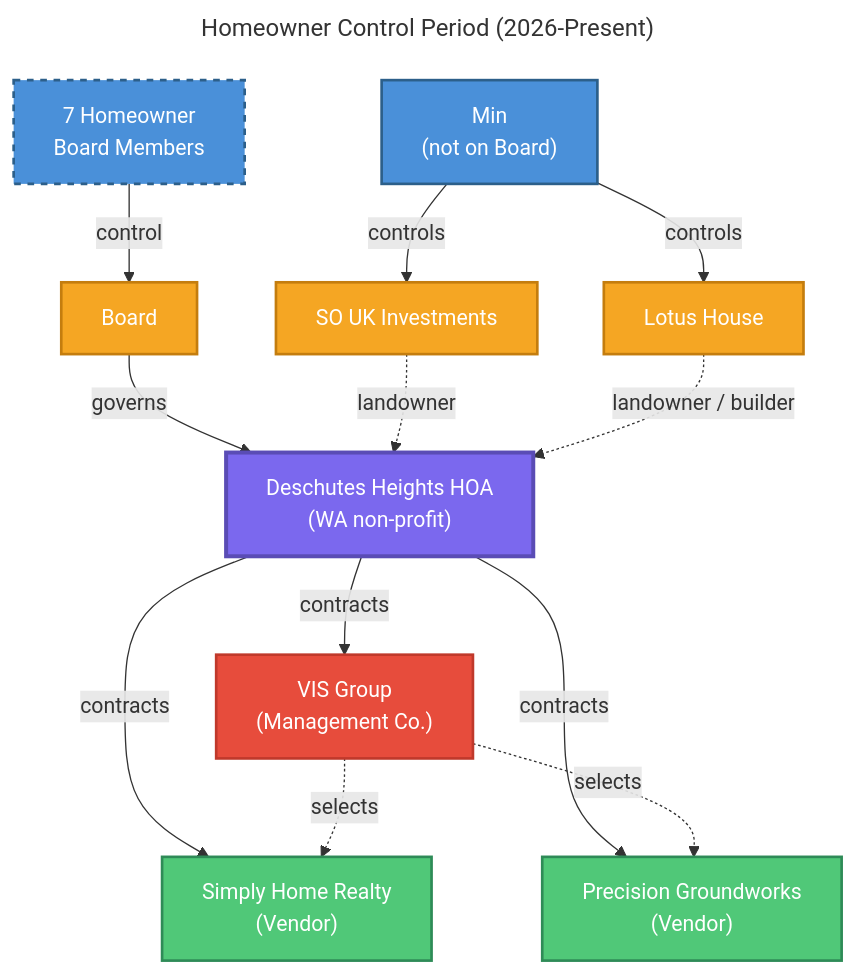
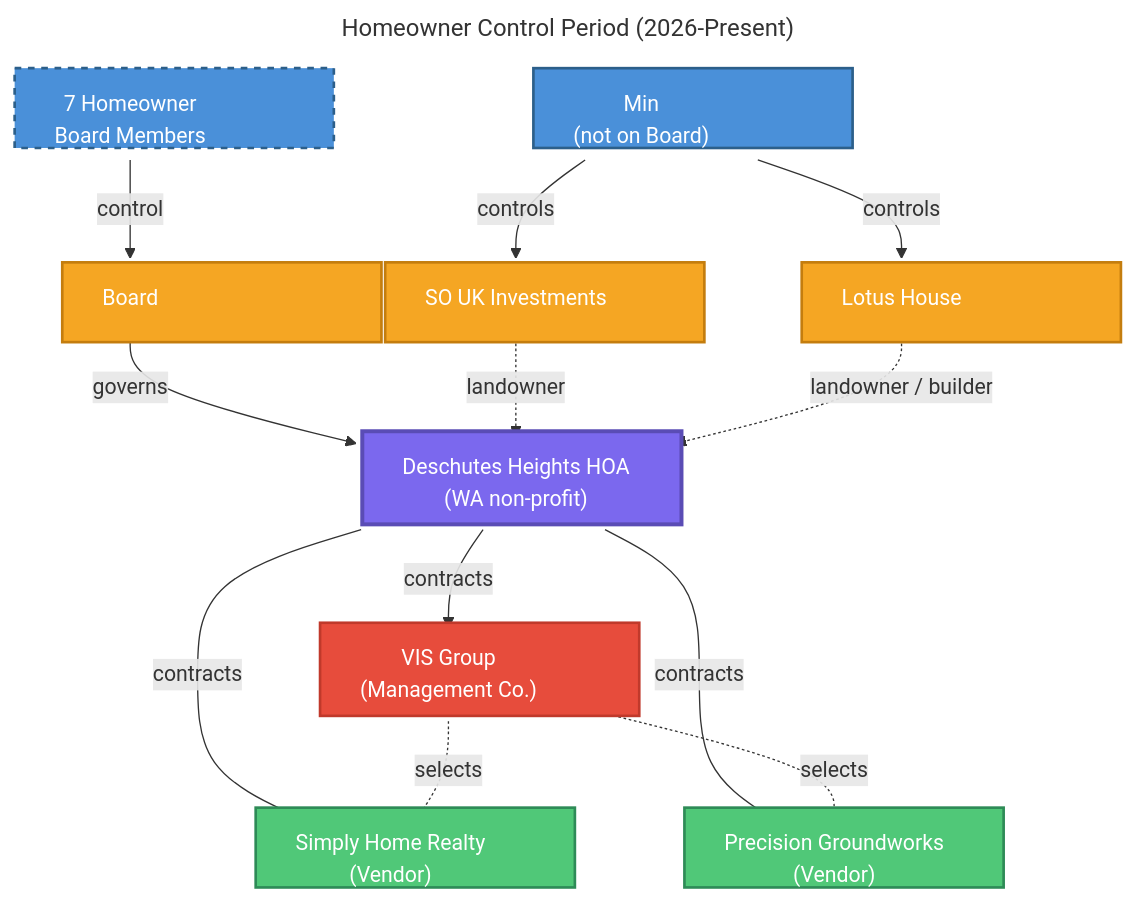
The diagram in public/sources/relationships-homeowner.mermaid (chadkirby/treasurer-reports), drawn with Mermaid before and after one commit. The commit also changed 5 other files, not shown here.

Commit message:
replaced Mermaid with a custom SVG render pipeline so we can fully control alignment, spacing, and consistent widths

```diff
--- a/public/sources/relationships-homeowner.mermaid
+++ b/public/sources/relationships-homeowner.mermaid
@@ -1,37 +1,45 @@
 ---
 title: "Homeowner Control Period (2026-Present)"
 ---
 graph TB
   classDef person fill:#4A90D9,color:#fff,stroke:#2C5F8A,stroke-width:2px
   classDef entity fill:#F5A623,color:#fff,stroke:#C47D0E,stroke-width:2px
   classDef hoa fill:#7B68EE,color:#fff,stroke:#5A4CB5,stroke-width:3px
   classDef vendor fill:#50C878,color:#fff,stroke:#2E8B57,stroke-width:2px
   classDef mgmt fill:#E74C3C,color:#fff,stroke:#C0392B,stroke-width:2px
   classDef homeowners fill:#4A90D9,color:#fff,stroke:#2C5F8A,stroke-width:2px,stroke-dasharray: 5 5
 
   Owners["7 Homeowner<br/>Board Members"]:::homeowners
   Board_H["Board"]:::entity
   HOA_H["Deschutes Heights HOA<br/>(WA non-profit)"]:::hoa
-
   Min_H["Min<br/>(not on Board)"]:::person
   SOUK_H["SO UK Investments"]:::entity
   Lotus_H["Lotus House"]:::entity
-
   VIS_H["VIS Group<br/>(Management Co.)"]:::mgmt
   SHR_H["Simply Home Realty<br/>(Vendor)"]:::vendor
   PG_H["Precision Groundworks<br/>(Vendor)"]:::vendor
 
   Owners -- "control" --> Board_H
   Board_H -- "governs" --> HOA_H
 
   Min_H -- "controls" --> SOUK_H
   Min_H -- "controls" --> Lotus_H
   SOUK_H -. "landowner" .-> HOA_H
   Lotus_H -. "landowner / builder" .-> HOA_H
 
   HOA_H -- "contracts" --> VIS_H
   HOA_H -- "contracts" --> SHR_H
   HOA_H -- "contracts" --> PG_H
 
   VIS_H -. "selects" .-> SHR_H
   VIS_H -. "selects" .-> PG_H
+
+  style Owners width:240px,height:60px
+  style Board_H width:240px,height:60px
+  style HOA_H width:240px,height:70px
+  style Min_H width:240px,height:60px
+  style SOUK_H width:240px,height:60px
+  style Lotus_H width:240px,height:60px
+  style VIS_H width:240px,height:70px
+  style SHR_H width:240px,height:60px
+  style PG_H width:240px,height:60px
```
